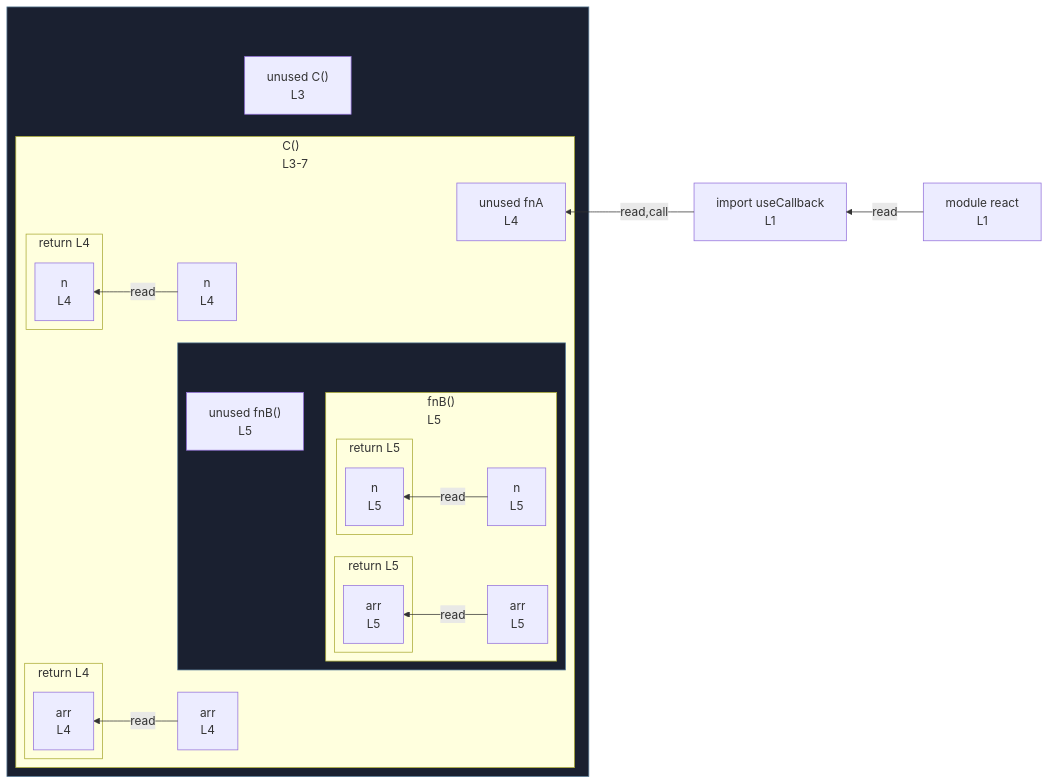
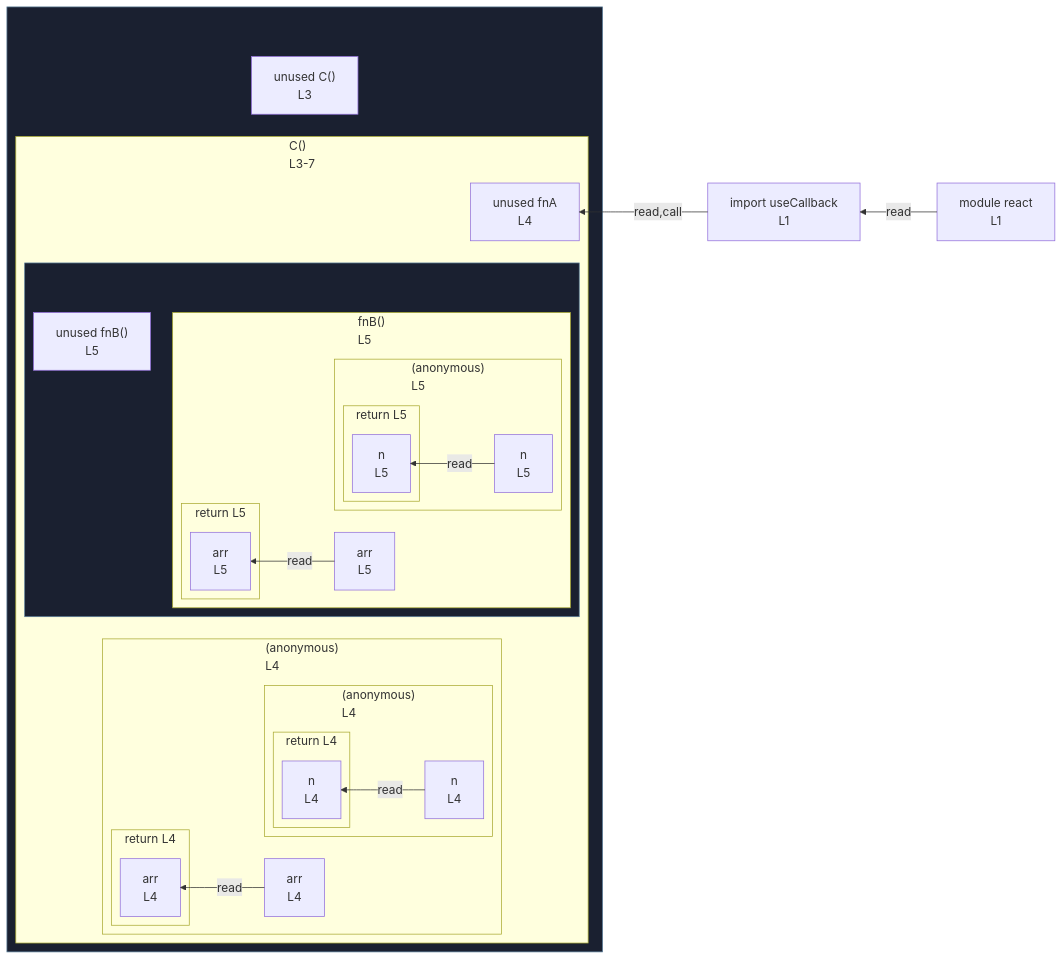
One commit to crescware/unsnarl changed the diagram in integration/fixtures/jsx/use-callback/preview.md. Above: the diagram before and after it, drawn with Mermaid. The commit also changed 15 other files, not shown here.

````diff
--- a/integration/fixtures/jsx/use-callback/preview.md
+++ b/integration/fixtures/jsx/use-callback/preview.md
@@ -17,50 +17,59 @@
 ```mermaid
 %%{init: {"flowchart": {"defaultRenderer": "elk"}}}%%
 flowchart RL
   n_scope_0_useCallback_9["import useCallback<br/>L1"]
   subgraph wrap_s_scope_1[" "]
     direction TB
     n_scope_0_C_44["unused C()<br/>L3"]
     subgraph s_scope_1["C()<br/>L3-7"]
       direction RL
       n_scope_1_fnA_64["unused fnA<br/>L4"]
-      n_scope_2_arr_83["arr<br/>L4"]
-      n_scope_3_n_110["n<br/>L4"]
+      subgraph s_scope_2["(anonymous)<br/>L4"]
+        direction RL
+        n_scope_2_arr_83["arr<br/>L4"]
+        subgraph s_scope_3["(anonymous)<br/>L4"]
+          direction RL
+          n_scope_3_n_110["n<br/>L4"]
+          subgraph s_return_scope_0_C_44_116_121["return L4"]
+            direction RL
+            ret_use_ref_4["n<br/>L4"]
+          end
+        end
+        subgraph s_return_scope_0_C_44_101_122["return L4"]
+          direction RL
+          ret_use_ref_3["arr<br/>L4"]
+        end
+      end
       subgraph wrap_s_scope_4[" "]
         direction TB
         n_scope_1_fnB_137["unused fnB()<br/>L5"]
         subgraph s_scope_4["fnB()<br/>L5"]
           direction RL
           n_scope_4_arr_144["arr<br/>L5"]
-          n_scope_5_n_171["n<br/>L5"]
+          subgraph s_scope_5["(anonymous)<br/>L5"]
+            direction RL
+            n_scope_5_n_171["n<br/>L5"]
+            subgraph s_return_scope_1_fnB_137_177_182["return L5"]
+              direction RL
+              ret_use_ref_7["n<br/>L5"]
+            end
+          end
           subgraph s_return_scope_1_fnB_137_162_183["return L5"]
             direction RL
             ret_use_ref_6["arr<br/>L5"]
           end
-          subgraph s_return_scope_1_fnB_137_177_182["return L5"]
-            direction RL
-            ret_use_ref_7["n<br/>L5"]
-          end
         end
-      end
-      subgraph s_return_scope_0_C_44_101_122["return L4"]
-        direction RL
-        ret_use_ref_3["arr<br/>L4"]
-      end
-      subgraph s_return_scope_0_C_44_116_121["return L4"]
-        direction RL
-        ret_use_ref_4["n<br/>L4"]
       end
     end
   end
   n_scope_0_useCallback_9 -->|read,call| n_scope_1_fnA_64
   n_scope_2_arr_83 -->|read| ret_use_ref_3
   n_scope_3_n_110 -->|read| ret_use_ref_4
   n_scope_4_arr_144 -->|read| ret_use_ref_6
   n_scope_5_n_171 -->|read| ret_use_ref_7
   mod_react["module react<br/>L1"]
   mod_react -->|read| n_scope_0_useCallback_9
   classDef fnWrap fill:#1a2030,stroke:#5a7d99;
   class wrap_s_scope_1 fnWrap;
   class wrap_s_scope_4 fnWrap;
 ```
````
